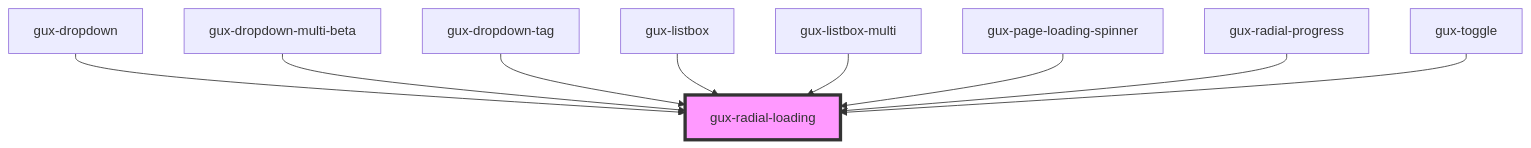
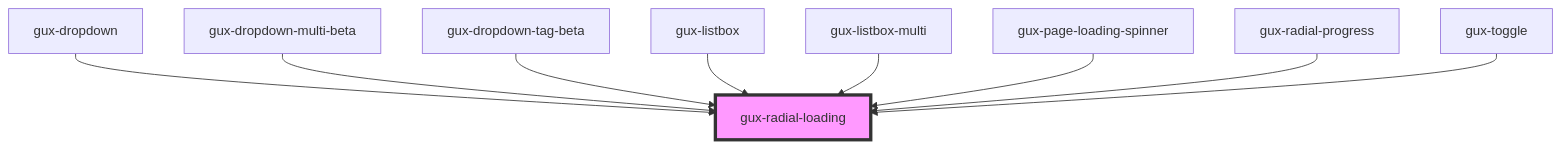
One commit to sonaliGenesys/genesys-webcomponents changed the diagram in src/components/stable/gux-radial-loading/readme.md. Above: the diagram before and after it, drawn with Mermaid. The commit also changed other lines of this file and 9 other files, not shown here.

````diff
--- a/src/components/stable/gux-radial-loading/readme.md
+++ b/src/components/stable/gux-radial-loading/readme.md
@@ -33,12 +33,12 @@
 ```mermaid
 graph TD;
   gux-dropdown --> gux-radial-loading
   gux-dropdown-multi-beta --> gux-radial-loading
-  gux-dropdown-tag --> gux-radial-loading
+  gux-dropdown-tag-beta --> gux-radial-loading
   gux-listbox --> gux-radial-loading
   gux-listbox-multi --> gux-radial-loading
   gux-page-loading-spinner --> gux-radial-loading
   gux-radial-progress --> gux-radial-loading
   gux-toggle --> gux-radial-loading
   style gux-radial-loading fill:#f9f,stroke:#333,stroke-width:4px
 ```
````
